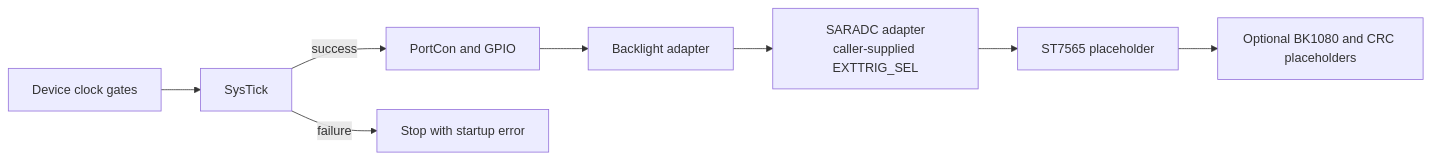
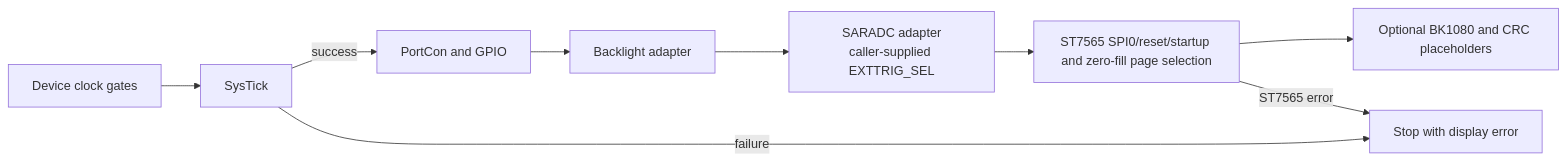
One commit to m0hdy/uv-k5-rust-firmware changed the diagram in docs/board-startup-adapters.md. Above: the diagram before and after it, drawn with Mermaid. The commit also changed other lines of this file and 12 other files, not shown here.

````diff
--- a/docs/board-startup-adapters.md
+++ b/docs/board-startup-adapters.md
@@ -15,10 +18,11 @@
 ```mermaid
 flowchart LR
   Clocks["Device clock gates"] --> Tick["SysTick"]
   Tick -->|success| Pins["PortCon and GPIO"]
   Tick -->|failure| Stop["Stop with startup error"]
   Pins --> Light["Backlight adapter"]
   Light --> ADC["SARADC adapter\ncaller-supplied EXTTRIG_SEL"]
-  ADC --> Display["ST7565 placeholder"]
+  ADC --> Display["ST7565 SPI0/reset/startup and zero-fill page selection"]
   Display --> Optional["Optional BK1080 and CRC placeholders"]
+  Display -->|ST7565 error| Stop["Stop with display error"]
 ```
````
